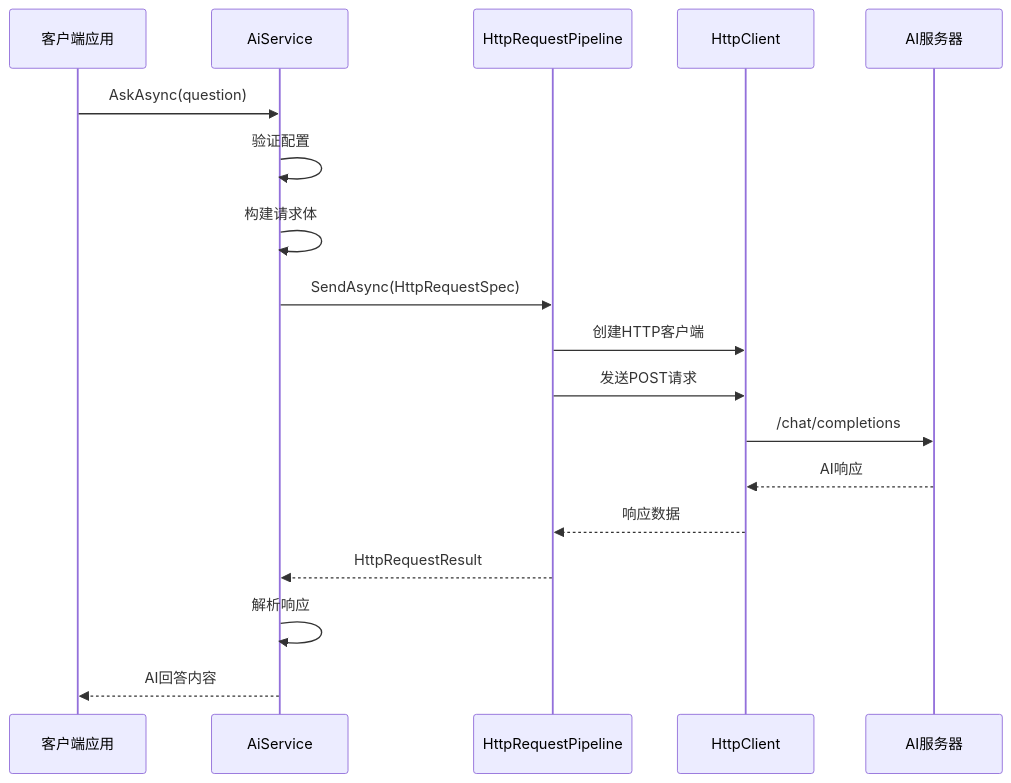
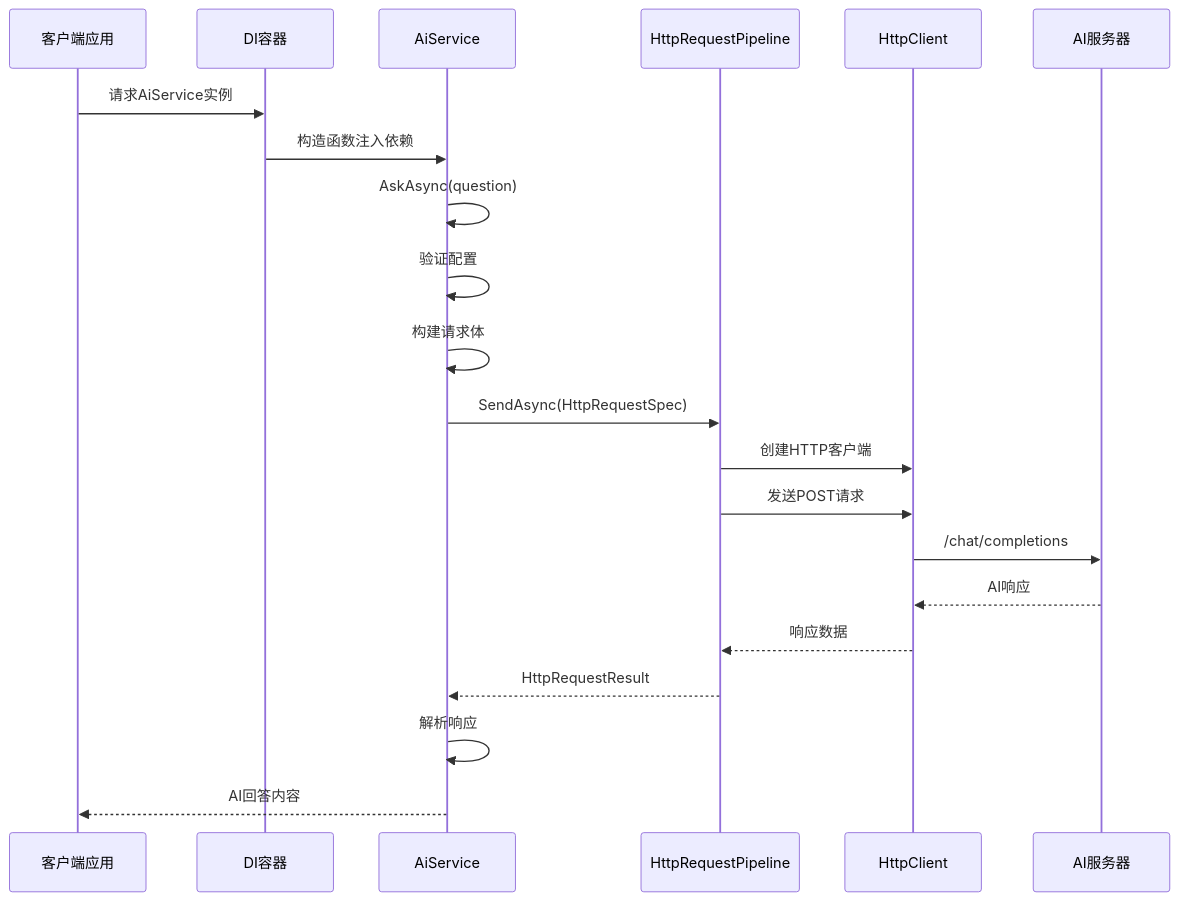
Before and after one commit to Sosososolong/AirGo: the third of 6 diagrams in .qoder/repowiki/zh/content/工具库详解/AI服务.md, drawn with Mermaid. The commit also changed other lines of this file and 13 other files, not shown here.

````diff
--- a/.qoder/repowiki/zh/content/工具库详解/AI服务.md
+++ b/.qoder/repowiki/zh/content/工具库详解/AI服务.md
@@ -134,20 +141,23 @@
 ```mermaid
 sequenceDiagram
 participant Client as 客户端应用
+participant DIContainer as DI容器
 participant AiService as AiService
 participant Pipeline as HttpRequestPipeline
 participant HttpClient as HttpClient
 participant AIServer as AI服务器
-Client->>AiService : AskAsync(question)
+Client->>DIContainer : 请求AiService实例
+DIContainer->>AiService : 构造函数注入依赖
+AiService->>AiService : AskAsync(question)
 AiService->>AiService : 验证配置
 AiService->>AiService : 构建请求体
 AiService->>Pipeline : SendAsync(HttpRequestSpec)
 Pipeline->>HttpClient : 创建HTTP客户端
 Pipeline->>HttpClient : 发送POST请求
 HttpClient->>AIServer : /chat/completions
 AIServer-->>HttpClient : AI响应
 HttpClient-->>Pipeline : 响应数据
 Pipeline-->>AiService : HttpRequestResult
 AiService->>AiService : 解析响应
 AiService-->>Client : AI回答内容
 ```
````
